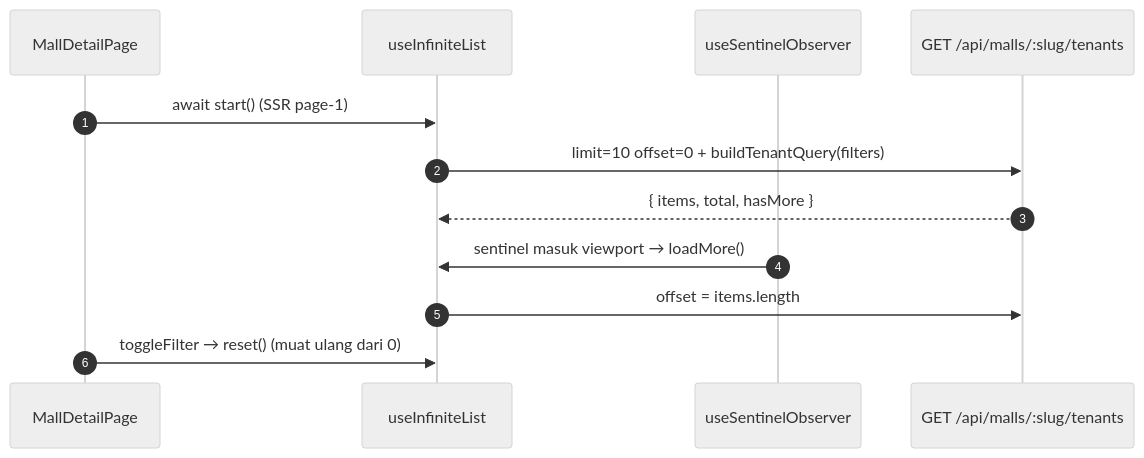
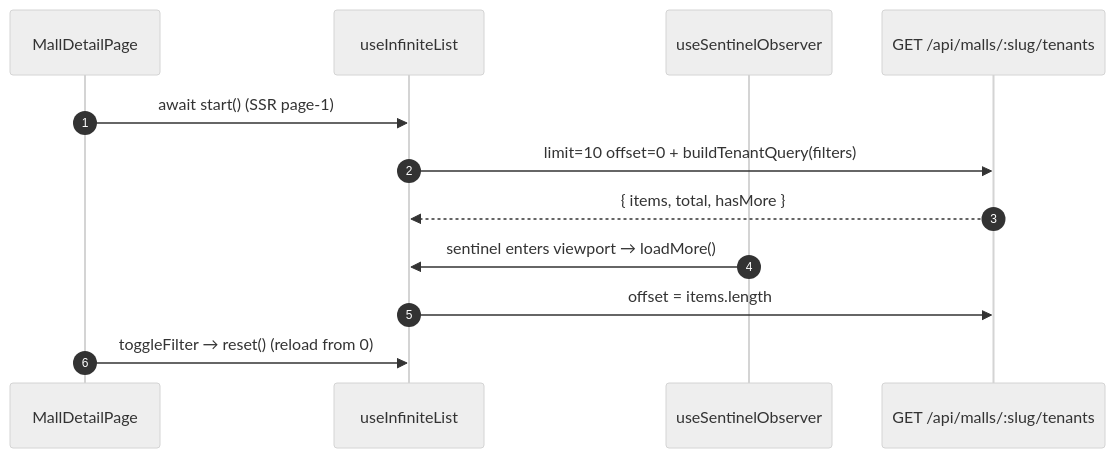
The diagram in docs/architecture/flows/mall-directory/README.md (agestasaputra/wikendo-web-app), drawn with Mermaid (neutral theme) before and after one commit. The commit also changed other lines of this file and 103 other files, not shown here.

````diff
--- a/docs/architecture/flows/mall-directory/README.md
+++ b/docs/architecture/flows/mall-directory/README.md
@@ -34,14 +34,14 @@
 ```mermaid
 sequenceDiagram
     autonumber
     participant P as MallDetailPage
     participant L as useInfiniteList
     participant S as useSentinelObserver
     participant API as GET /api/malls/:slug/tenants
     P->>L: await start() (SSR page-1)
     L->>API: limit=10 offset=0 + buildTenantQuery(filters)
     API-->>L: { items, total, hasMore }
-    S->>L: sentinel masuk viewport → loadMore()
+    S->>L: sentinel enters viewport → loadMore()
     L->>API: offset = items.length
-    P->>L: toggleFilter → reset() (muat ulang dari 0)
+    P->>L: toggleFilter → reset() (reload from 0)
 ```
````
